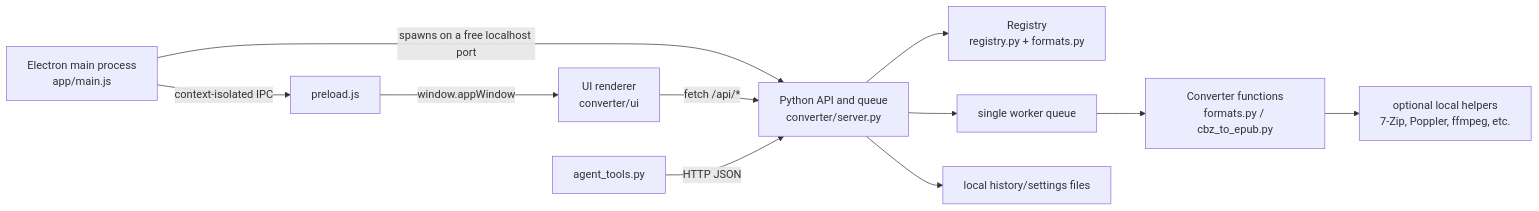
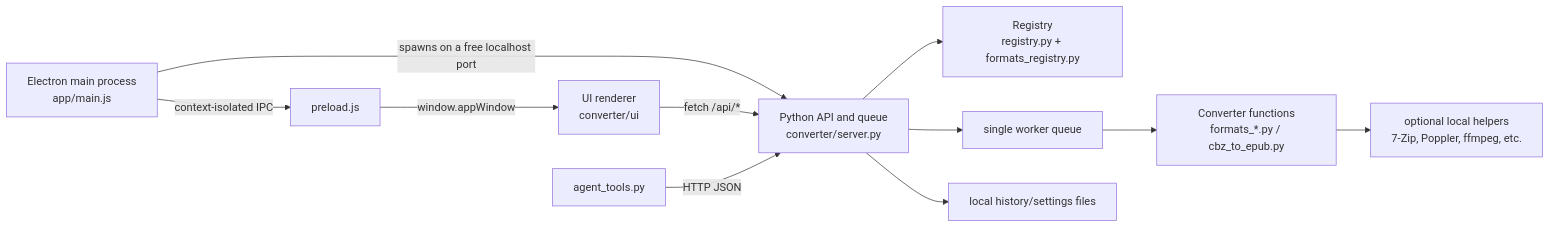
Before and after one commit to Brightwav3/One-tool-to-rule-them-all: the first of 2 diagrams in moc.md, drawn with Mermaid. The commit also changed other lines of this file and 22 other files, not shown here.

````diff
--- a/moc.md
+++ b/moc.md
@@ -49,13 +59,13 @@
 ```mermaid
 flowchart LR
   E[Electron main process\napp/main.js] -->|spawns on a free localhost port| S[Python API and queue\nconverter/server.py]
   E -->|context-isolated IPC| P[preload.js]
   P -->|window.appWindow| U[UI renderer\nconverter/ui]
   U -->|fetch /api/*| S
   A[agent_tools.py] -->|HTTP JSON| S
-  S --> R[Registry\nregistry.py + formats.py]
+  S --> R[Registry\nregistry.py + formats_registry.py]
   S --> Q[single worker queue]
-  Q --> C[Converter functions\nformats.py / cbz_to_epub.py]
+  Q --> C[Converter functions\nformats_*.py / cbz_to_epub.py]
   C --> H[optional local helpers\n7-Zip, Poppler, ffmpeg, etc.]
   S --> D[local history/settings files]
 ```
````
